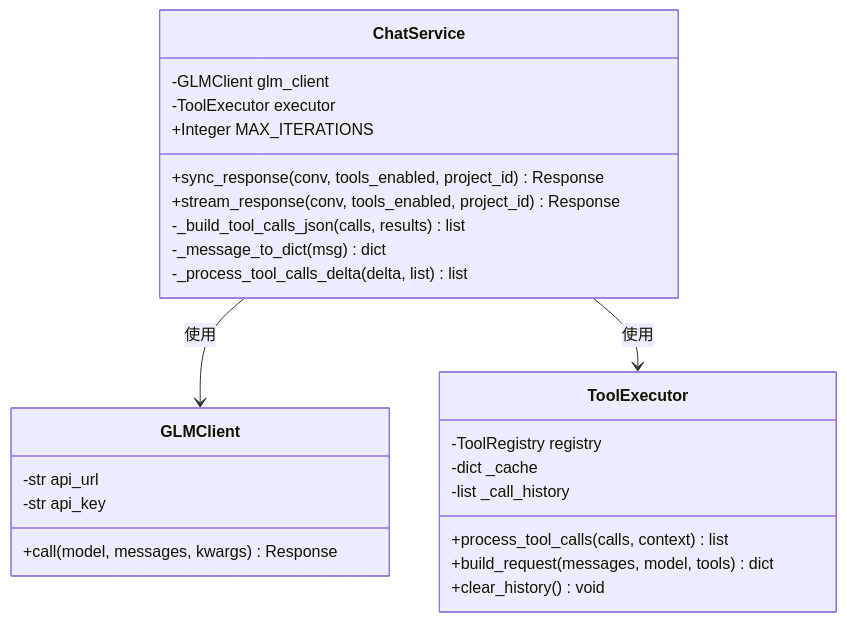
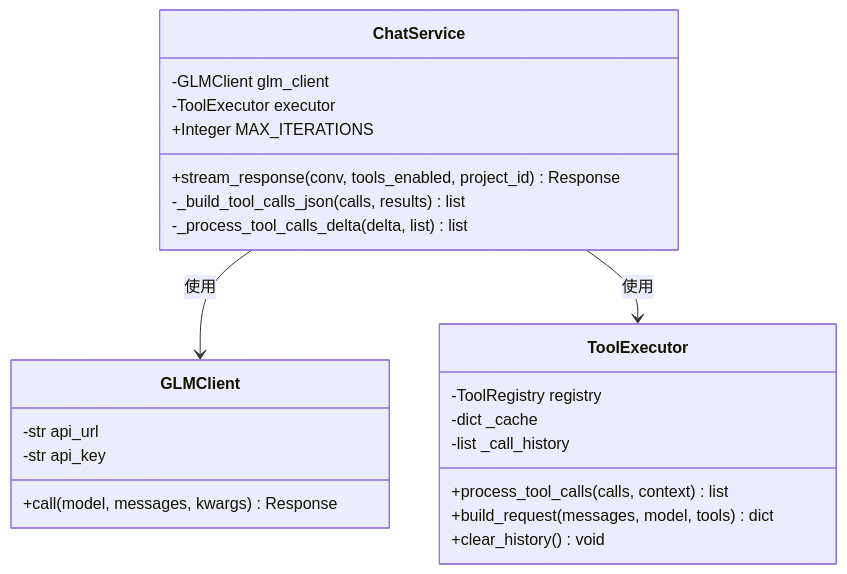
Before and after one commit to ViperEkura/nanoClaw: the third of 4 diagrams in docs/Design.md, drawn with Mermaid. The commit also changed other lines of this file and 12 other files, not shown here.

````diff
--- a/docs/Design.md
+++ b/docs/Design.md
@@ -189,33 +189,31 @@
 ```mermaid
 classDiagram
     direction TB
 
     class ChatService {
         -GLMClient glm_client
         -ToolExecutor executor
         +Integer MAX_ITERATIONS
-        +sync_response(conv, tools_enabled, project_id) Response
         +stream_response(conv, tools_enabled, project_id) Response
         -_build_tool_calls_json(calls, results) list
-        -_message_to_dict(msg) dict
         -_process_tool_calls_delta(delta, list) list
     }
 
     class GLMClient {
         -str api_url
         -str api_key
         +call(model, messages, kwargs) Response
     }
 
     class ToolExecutor {
         -ToolRegistry registry
         -dict _cache
         -list _call_history
         +process_tool_calls(calls, context) list
         +build_request(messages, model, tools) dict
         +clear_history() void
     }
 
     ChatService --> GLMClient : 使用
     ChatService --> ToolExecutor : 使用
 ```
````
